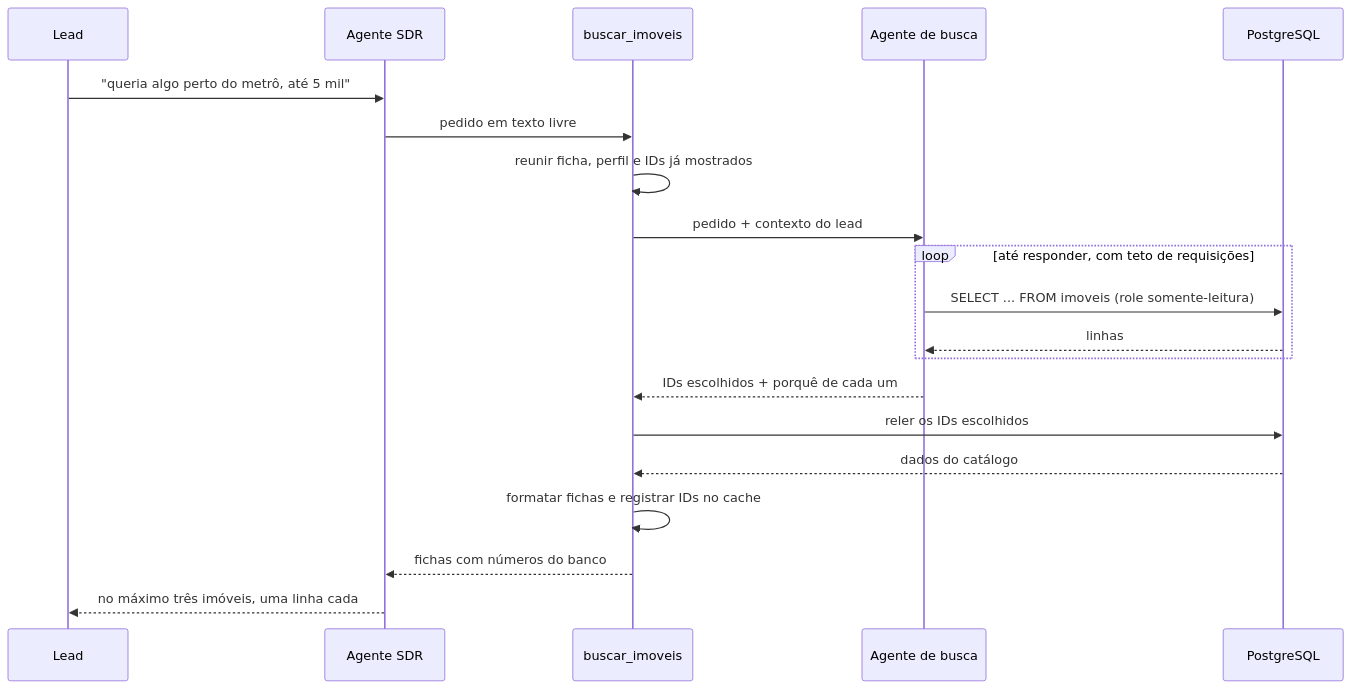
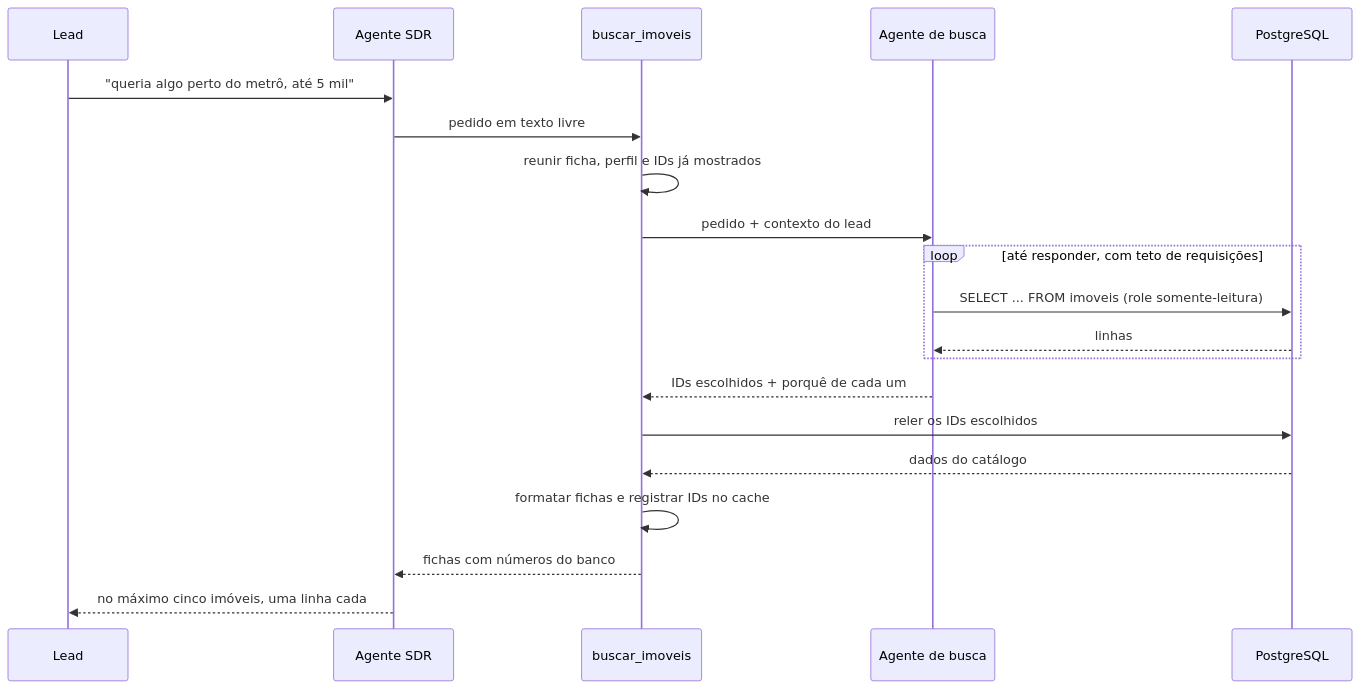
Before and after one commit to luizaaca/agente_imobiliario: the second of 3 diagrams in docs/02-arquitetura/03-cenarios-de-runtime.md, drawn with Mermaid. The commit also changed other lines of this file and 5 other files, not shown here.

````diff
--- a/docs/02-arquitetura/03-cenarios-de-runtime.md
+++ b/docs/02-arquitetura/03-cenarios-de-runtime.md
@@ -91,25 +91,25 @@
 ```mermaid
 sequenceDiagram
     participant Lead
     participant SDR as Agente SDR
     participant Tool as buscar_imoveis
     participant Busca as Agente de busca
     participant DB as PostgreSQL
 
     Lead->>SDR: "queria algo perto do metrô, até 5 mil"
     SDR->>Tool: pedido em texto livre
     Tool->>Tool: reunir ficha, perfil e IDs já mostrados
     Tool->>Busca: pedido + contexto do lead
 
     loop até responder, com teto de requisições
         Busca->>DB: SELECT ... FROM imoveis (role somente-leitura)
         DB-->>Busca: linhas
     end
 
     Busca-->>Tool: IDs escolhidos + porquê de cada um
     Tool->>DB: reler os IDs escolhidos
     DB-->>Tool: dados do catálogo
     Tool->>Tool: formatar fichas e registrar IDs no cache
     Tool-->>SDR: fichas com números do banco
-    SDR-->>Lead: no máximo três imóveis, uma linha cada
+    SDR-->>Lead: no máximo cinco imóveis, uma linha cada
 ```
````
